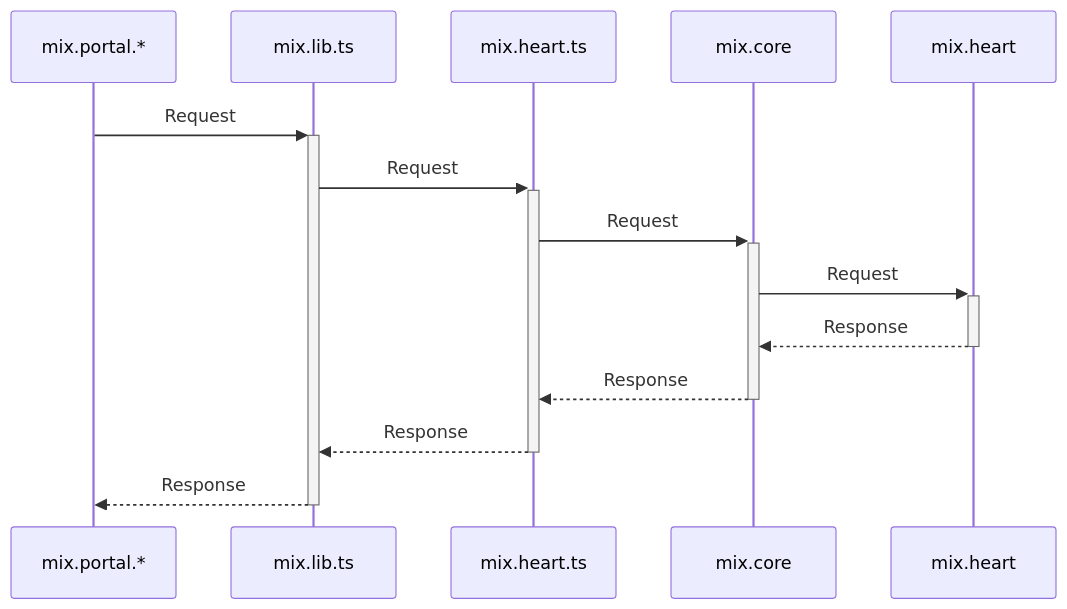
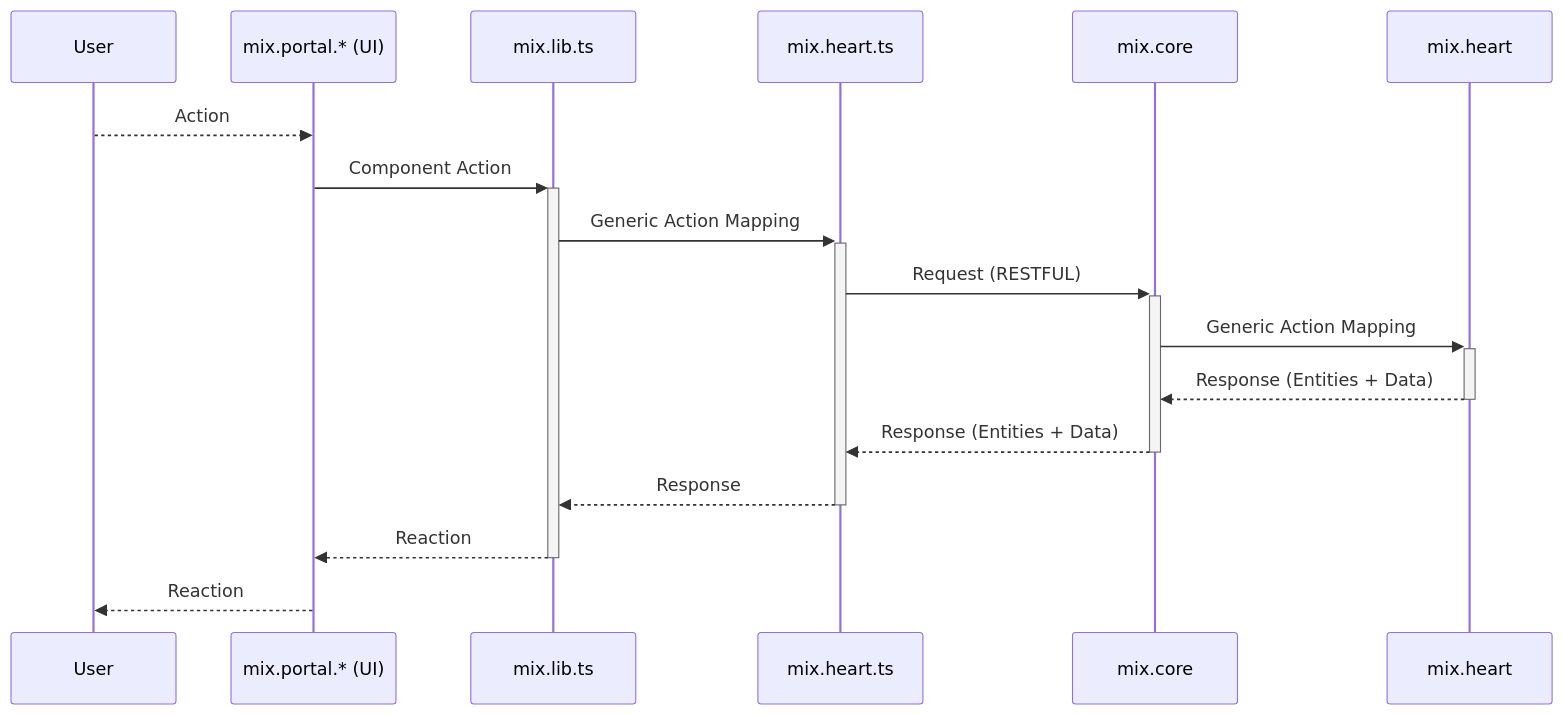
One commit to mixcore/docs changed the diagram in diagrams/overall.md. Above: the diagram before and after it, drawn with Mermaid.

````diff
--- a/diagrams/overall.md
+++ b/diagrams/overall.md
@@ -2,13 +2,14 @@
 ```mermaid
 sequenceDiagram
-    mix.portal.*->>+mix.lib.ts: Request
-    mix.lib.ts->>+mix.heart.ts: Request
-    mix.heart.ts->>+mix.core: Request
-    mix.core->>+mix.heart: Request
+    User-->>mix.portal.* (UI): Action
+    mix.portal.* (UI)->>+mix.lib.ts: Component Action
+    mix.lib.ts->>+mix.heart.ts: Generic Action Mapping
+    mix.heart.ts->>+mix.core: Request (RESTFUL)
+    mix.core->>+mix.heart: Generic Action Mapping
     
-    mix.heart-->>-mix.core: Response
-    mix.core-->>-mix.heart.ts: Response
+    mix.heart-->>-mix.core: Response (Entities + Data)
+    mix.core-->>-mix.heart.ts: Response (Entities + Data)
     mix.heart.ts-->>-mix.lib.ts: Response
-    mix.lib.ts-->>-mix.portal.*: Response
-    
+    mix.lib.ts-->>-mix.portal.* (UI): Reaction
+    mix.portal.* (UI)-->>User: Reaction
 ```
````
